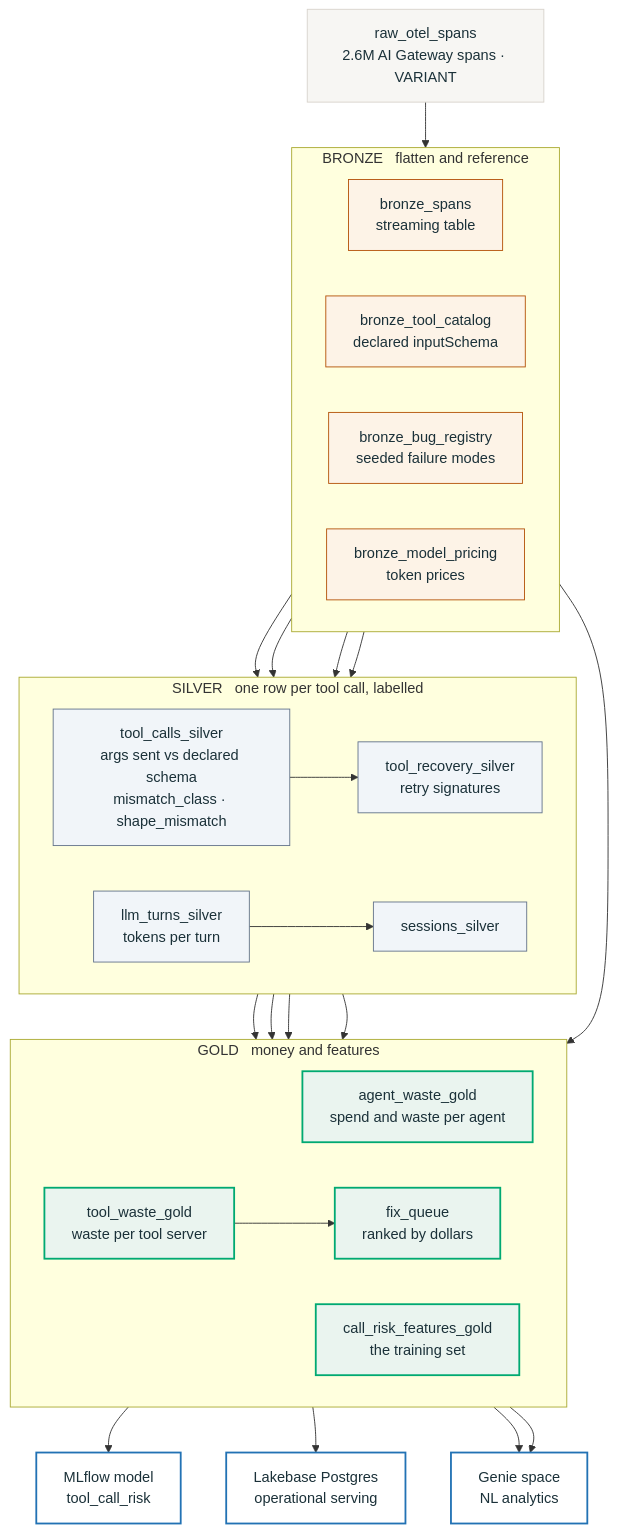
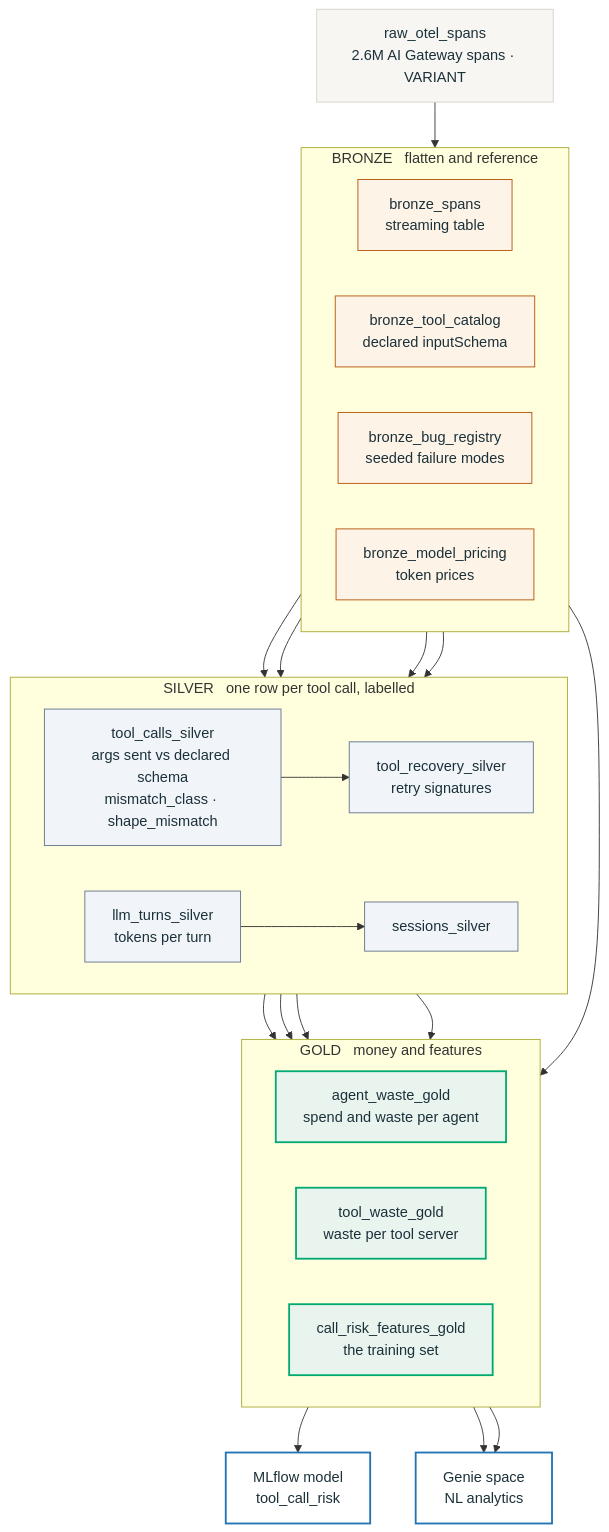
Before and after one commit to 29sonakshi/stop-agent-waste: the diagram in docs/data-flow.mmd, drawn with Mermaid. The commit also changed 20 other files, not shown here.

```diff
--- a/docs/data-flow.mmd
+++ b/docs/data-flow.mmd
@@ -1,54 +1,50 @@
 flowchart TB
   classDef raw    fill:#F7F6F3,stroke:#D8D3CC,color:#1B3139
   classDef bronze fill:#FDF3E7,stroke:#B45309,color:#1B3139
   classDef silver fill:#F1F5F9,stroke:#64748B,color:#1B3139
   classDef gold   fill:#EAF4EF,stroke:#00A972,stroke-width:2px,color:#1B3139
   classDef out    fill:#FFFFFF,stroke:#2272B4,stroke-width:2px,color:#1B3139
 
   R["raw_otel_spans<br/>2.6M AI Gateway spans · VARIANT"]:::raw
 
   subgraph BR["BRONZE &nbsp; flatten and reference"]
     direction LR
     B1["bronze_spans<br/>streaming table"]:::bronze
     B2["bronze_tool_catalog<br/>declared inputSchema"]:::bronze
     B3["bronze_bug_registry<br/>seeded failure modes"]:::bronze
     B4["bronze_model_pricing<br/>token prices"]:::bronze
   end
 
   subgraph SI["SILVER &nbsp; one row per tool call, labelled"]
     direction LR
     S1["tool_calls_silver<br/>args sent vs declared schema<br/>mismatch_class · shape_mismatch"]:::silver
     S2["llm_turns_silver<br/>tokens per turn"]:::silver
     S3["tool_recovery_silver<br/>retry signatures"]:::silver
     S4["sessions_silver"]:::silver
   end
 
   subgraph GO["GOLD &nbsp; money and features"]
     direction LR
     G1["agent_waste_gold<br/>spend and waste per agent"]:::gold
     G2["tool_waste_gold<br/>waste per tool server"]:::gold
     G3["call_risk_features_gold<br/>the training set"]:::gold
-    G4["fix_queue<br/>ranked by dollars"]:::gold
   end
 
   M["MLflow model<br/>tool_call_risk"]:::out
-  P["Lakebase Postgres<br/>operational serving"]:::out
   N["Genie space<br/>NL analytics"]:::out
 
   R --> B1
   B1 --> S1
   B2 --> S1
   B3 --> S1
   B1 --> S2
   S1 --> S3
   S2 --> S4
   S1 --> G2
   S3 --> G2
   S2 --> G1
   B4 --> G1
   S1 --> G3
-  G2 --> G4
   G3 --> M
-  G4 --> P
   G1 --> N
   G2 --> N
```
